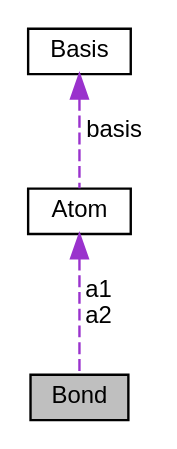
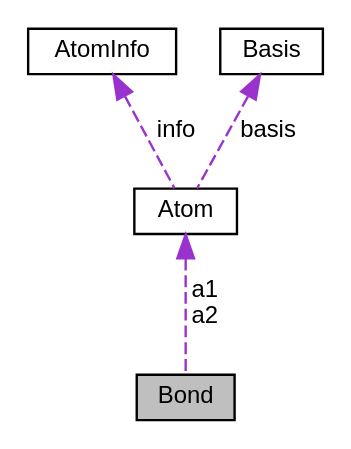
One commit to alejandrogallo/asy-atoms changed the diagram in structBond__coll__graph.dot. Above: the diagram before and after it, drawn with Graphviz. The commit also changed 56 other files, not shown here.

```diff
--- a/structBond__coll__graph.dot
+++ b/structBond__coll__graph.dot
@@ -1,10 +1,12 @@
 digraph "Bond"
 {
   edge [fontname="Helvetica",fontsize="10",labelfontname="Helvetica",labelfontsize="10"];
   node [fontname="Helvetica",fontsize="10",shape=record];
   Node1 [label="Bond",height=0.2,width=0.4,color="black", fillcolor="grey75", style="filled", fontcolor="black"];
   Node2 -> Node1 [dir="back",color="darkorchid3",fontsize="10",style="dashed",label=" a1\na2" ,fontname="Helvetica"];
   Node2 [label="Atom",height=0.2,width=0.4,color="black", fillcolor="white", style="filled",URL="$structAtom.html"];
-  Node3 -> Node2 [dir="back",color="darkorchid3",fontsize="10",style="dashed",label=" basis" ,fontname="Helvetica"];
-  Node3 [label="Basis",height=0.2,width=0.4,color="black", fillcolor="white", style="filled",URL="$structBasis.html",tooltip="Vector basis object. "];
+  Node3 -> Node2 [dir="back",color="darkorchid3",fontsize="10",style="dashed",label=" info" ,fontname="Helvetica"];
+  Node3 [label="AtomInfo",height=0.2,width=0.4,color="black", fillcolor="white", style="filled",URL="$structAtomInfo.html",tooltip="Structure for storing atomic information. "];
+  Node4 -> Node2 [dir="back",color="darkorchid3",fontsize="10",style="dashed",label=" basis" ,fontname="Helvetica"];
+  Node4 [label="Basis",height=0.2,width=0.4,color="black", fillcolor="white", style="filled",URL="$structBasis.html",tooltip="Vector basis object. "];
 }
```
